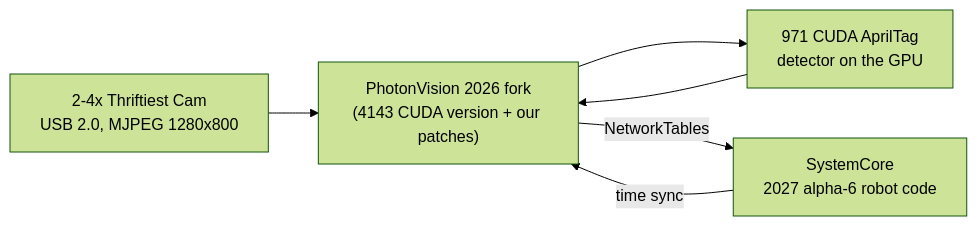
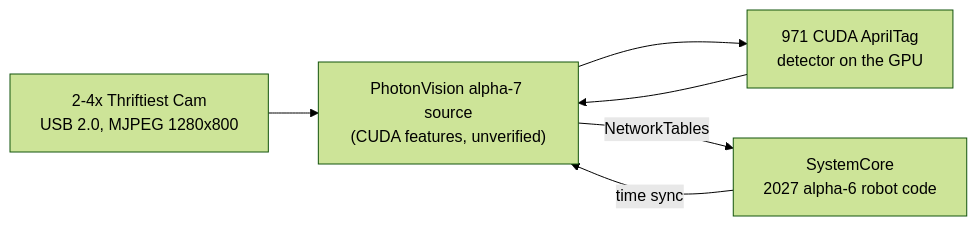
The diagram in README.md (Project516/SpectrumJetson), drawn with Mermaid (forest theme) before and after one commit. The commit also changed other lines of this file and 22 other files, not shown here.

````diff
--- a/README.md
+++ b/README.md
@@ -43,8 +48,8 @@
 ```mermaid
 flowchart LR
-  CAM["2-4x Thriftiest Cam<br/>USB 2.0, MJPEG 1280x800"] --> PV["PhotonVision 2026 fork<br/>(4143 CUDA version + our patches)"]
+  CAM["2-4x Thriftiest Cam<br/>USB 2.0, MJPEG 1280x800"] --> PV["PhotonVision alpha-7 source<br/>(CUDA features, unverified)"]
   PV --> DET["971 CUDA AprilTag<br/>detector on the GPU"]
   DET --> PV
   PV -->|NetworkTables| SC["SystemCore<br/>2027 alpha-6 robot code"]
   SC -->|time sync| PV
 ```
````
